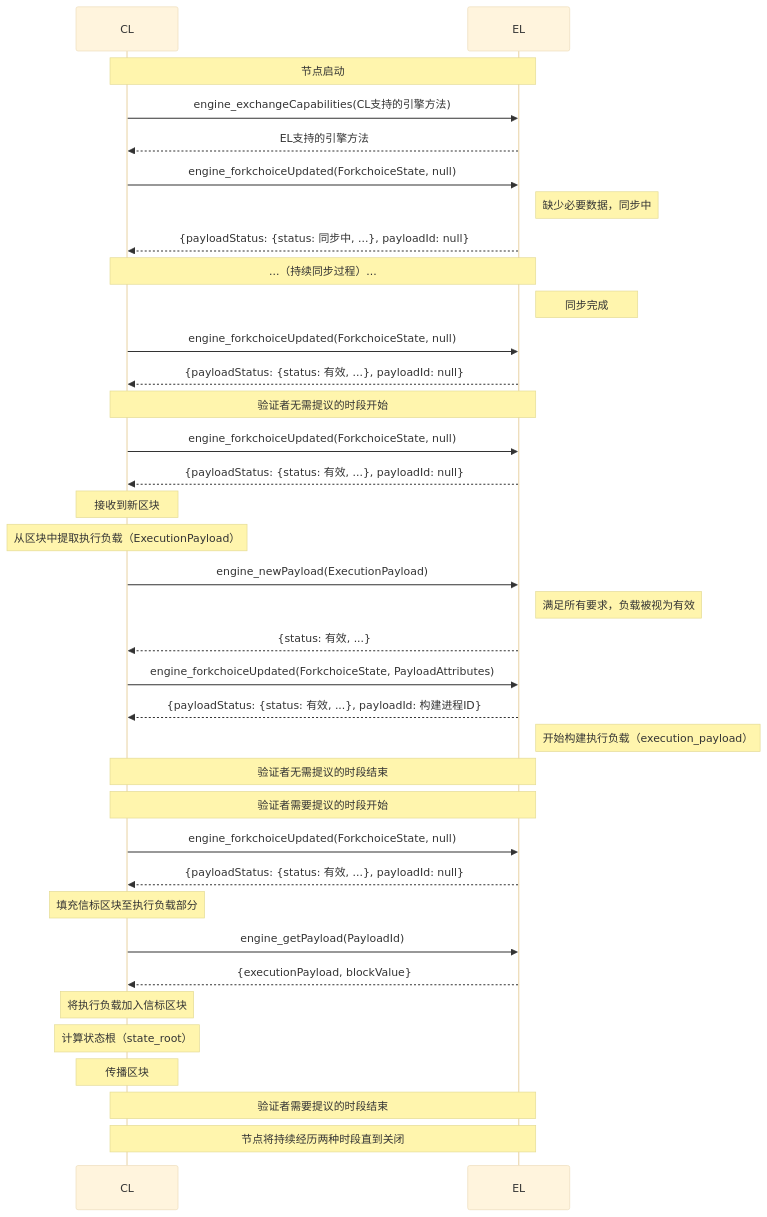
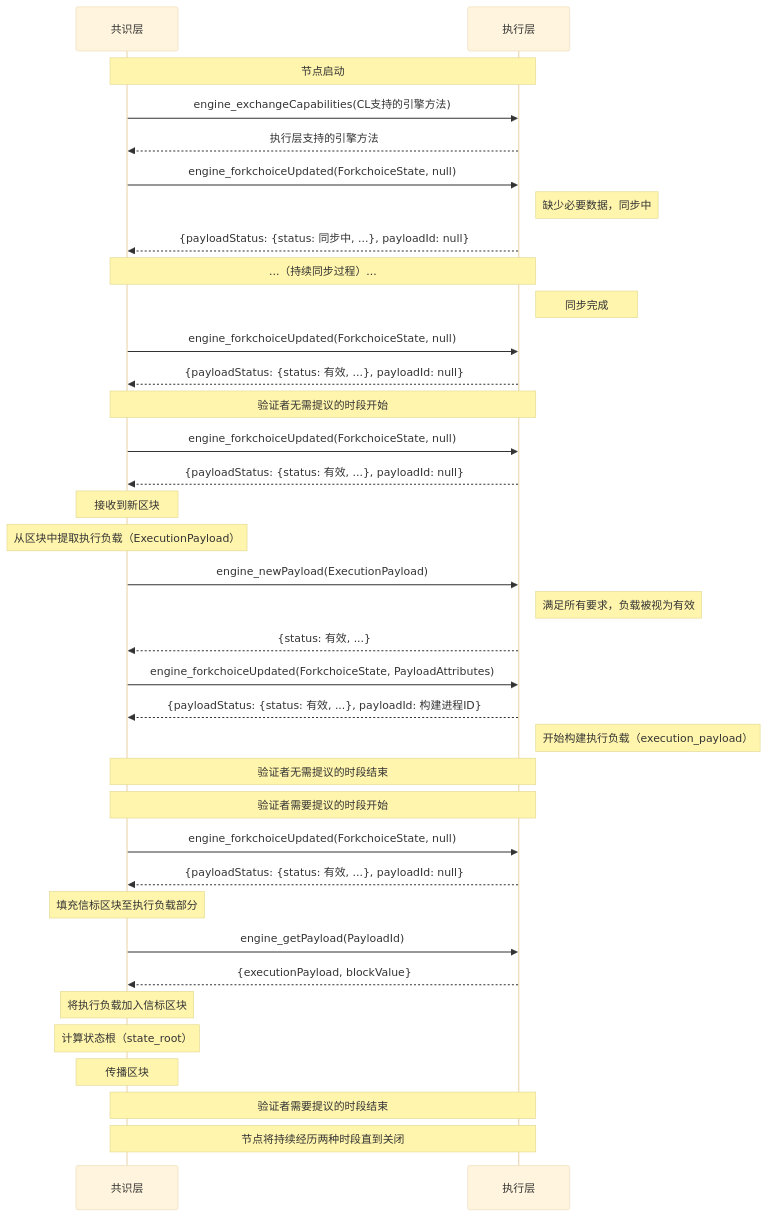
Before and after one commit to 0xdoomxy/web3: the first of 2 diagrams in ethereum/go-ethereum源码剖析:你的交易是如何上链的.md, drawn with Mermaid (base theme). The commit also changed other lines of this file, not shown here.

````diff
--- a/ethereum/go-ethereum源码剖析:你的交易是如何上链的.md
+++ b/ethereum/go-ethereum源码剖析:你的交易是如何上链的.md
@@ -490,50 +490,50 @@
 ```mermaid
 sequenceDiagram
-    participant CL
-    participant EL
+    participant 共识层
+    participant 执行层
 
-    Note over CL,EL: 节点启动
-    CL->>EL: engine_exchangeCapabilities(CL支持的引擎方法)
-    EL-->>CL: EL支持的引擎方法
+    Note over 共识层,执行层: 节点启动
+    共识层->>执行层: engine_exchangeCapabilities(CL支持的引擎方法)
+    执行层-->>共识层: 执行层支持的引擎方法
 
-    CL->>EL: engine_forkchoiceUpdated(ForkchoiceState, null)
-    Note right of EL: 缺少必要数据，同步中
-    EL-->>CL: {payloadStatus: {status: 同步中, ...}, payloadId: null}
-    Note over CL,EL: ...（持续同步过程）...
+    共识层->>执行层: engine_forkchoiceUpdated(ForkchoiceState, null)
+    Note right of 执行层: 缺少必要数据，同步中
+    执行层-->>共识层: {payloadStatus: {status: 同步中, ...}, payloadId: null}
+    Note over 共识层,执行层: ...（持续同步过程）...
 
-    Note right of EL: 同步完成
-    CL->>EL: engine_forkchoiceUpdated(ForkchoiceState, null)
-    EL-->>CL: {payloadStatus: {status: 有效, ...}, payloadId: null}
+    Note right of 执行层: 同步完成
+    共识层->>执行层: engine_forkchoiceUpdated(ForkchoiceState, null)
+    执行层-->>共识层: {payloadStatus: {status: 有效, ...}, payloadId: null}
 
-    Note over CL,EL: 验证者无需提议的时段开始
-    CL->>EL: engine_forkchoiceUpdated(ForkchoiceState, null)
-    EL-->>CL: {payloadStatus: {status: 有效, ...}, payloadId: null}
+    Note over 共识层,执行层: 验证者无需提议的时段开始
+    共识层->>执行层: engine_forkchoiceUpdated(ForkchoiceState, null)
+    执行层-->>共识层: {payloadStatus: {status: 有效, ...}, payloadId: null}
 
-    Note over CL: 接收到新区块
-    Note over CL: 从区块中提取执行负载（ExecutionPayload）
-    CL->>EL: engine_newPayload(ExecutionPayload)
-    Note right of EL: 满足所有要求，负载被视为有效
-    EL-->>CL: {status: 有效, ...}
+    Note over 共识层: 接收到新区块
+    Note over 共识层: 从区块中提取执行负载（ExecutionPayload）
+    共识层->>执行层: engine_newPayload(ExecutionPayload)
+    Note right of 执行层: 满足所有要求，负载被视为有效
+    执行层-->>共识层: {status: 有效, ...}
 
-    CL->>EL: engine_forkchoiceUpdated(ForkchoiceState, PayloadAttributes)
-    EL-->>CL: {payloadStatus: {status: 有效, ...}, payloadId: 构建进程ID}
-    Note right of EL: 开始构建执行负载（execution_payload）
+    共识层->>执行层: engine_forkchoiceUpdated(ForkchoiceState, PayloadAttributes)
+    执行层-->>共识层: {payloadStatus: {status: 有效, ...}, payloadId: 构建进程ID}
+    Note right of 执行层: 开始构建执行负载（execution_payload）
 
-    Note over CL,EL: 验证者无需提议的时段结束
-    Note over CL,EL: 验证者需要提议的时段开始
+    Note over 共识层,执行层: 验证者无需提议的时段结束
+    Note over 共识层,执行层: 验证者需要提议的时段开始
 
-    CL->>EL: engine_forkchoiceUpdated(ForkchoiceState, null)
-    EL-->>CL: {payloadStatus: {status: 有效, ...}, payloadId: null}
+    共识层->>执行层: engine_forkchoiceUpdated(ForkchoiceState, null)
+    执行层-->>共识层: {payloadStatus: {status: 有效, ...}, payloadId: null}
 
-    Note over CL: 填充信标区块至执行负载部分
-    CL->>EL: engine_getPayload(PayloadId)
-    EL-->>CL: {executionPayload, blockValue}
+    Note over 共识层: 填充信标区块至执行负载部分
+    共识层->>执行层: engine_getPayload(PayloadId)
+    执行层-->>共识层: {executionPayload, blockValue}
     
-    Note over CL: 将执行负载加入信标区块
-    Note over CL: 计算状态根（state_root）
-    Note over CL: 传播区块
+    Note over 共识层: 将执行负载加入信标区块
+    Note over 共识层: 计算状态根（state_root）
+    Note over 共识层: 传播区块
     
-    Note over CL,EL: 验证者需要提议的时段结束
-    Note over CL,EL: 节点将持续经历两种时段直到关闭
+    Note over 共识层,执行层: 验证者需要提议的时段结束
+    Note over 共识层,执行层: 节点将持续经历两种时段直到关闭
 
 ```
````
